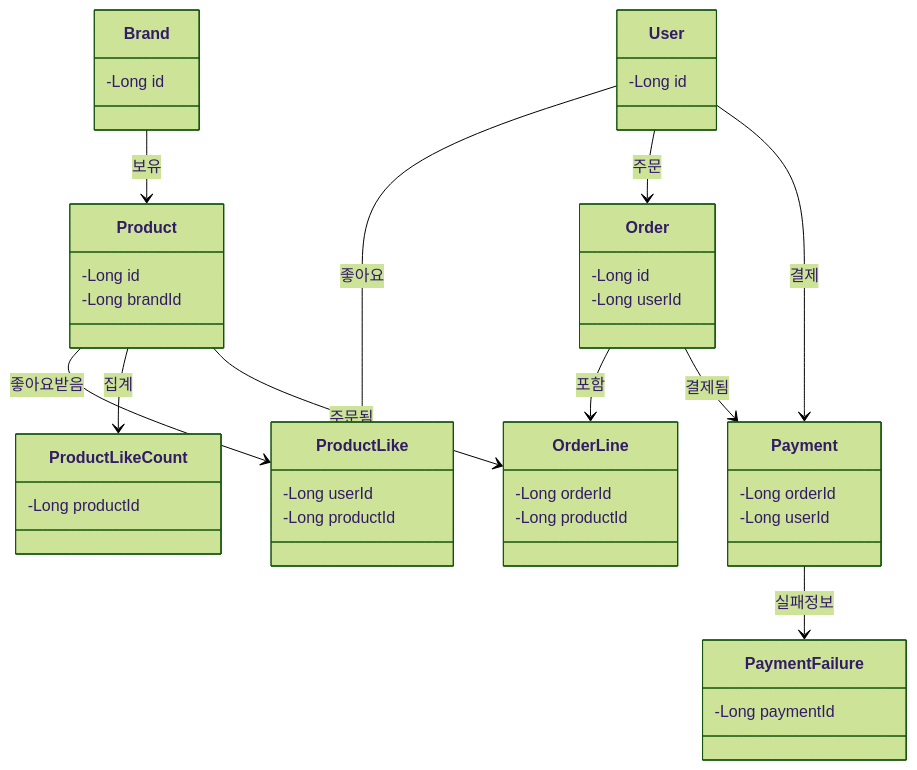
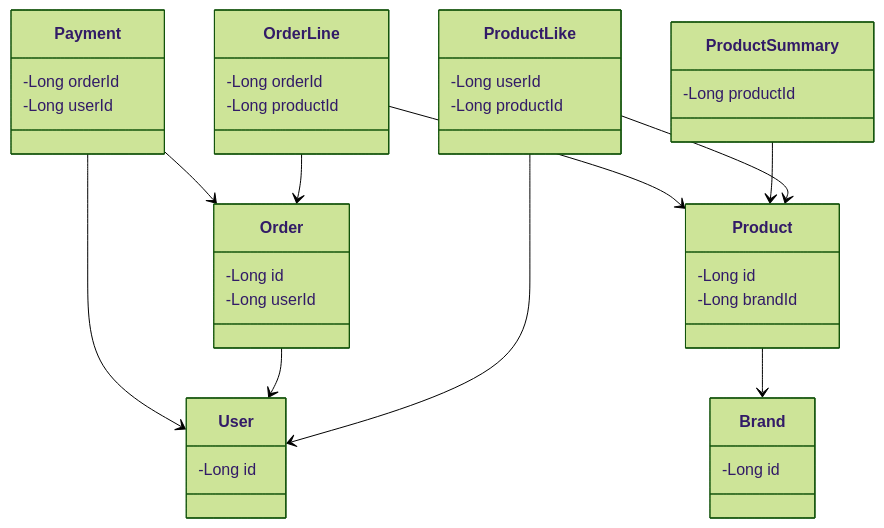
The fifth of 5 diagrams in docs/design/03-class-diagrams.md (DuhanMo/emotional-commerce), drawn with Mermaid (forest theme) before and after one commit. The commit also changed other lines of this file, not shown here.

Commit message:
fix: 클래스 다이어그램 수정

````diff
--- a/docs/design/03-class-diagrams.md
+++ b/docs/design/03-class-diagrams.md
@@ -184,59 +190,54 @@
 ```mermaid
 classDiagram
     %% 도메인별 대표 클래스
     class User {
         -Long id
     }
     
     class Product {
         -Long id
         -Long brandId
     }
     
     class Brand {
         -Long id
     }
     
     class ProductLike {
         -Long userId
         -Long productId
     }
     
-    class ProductLikeCount {
+    class ProductSummary {
         -Long productId
     }
     
     class Order {
         -Long id
         -Long userId
     }
     
     class OrderLine {
         -Long orderId
         -Long productId
     }
     
     class Payment {
         -Long orderId
         -Long userId
     }
     
-    class PaymentFailure {
-        -Long paymentId
-    }
+
+    ProductLike --> User
+    ProductLike --> Product
+    ProductSummary --> Product
     
-    %% 도메인 간 연관관계
-    User --> ProductLike : 좋아요
-    Product --> ProductLike : 좋아요받음
-    Product --> ProductLikeCount : 집계
+    Order --> User
+    OrderLine --> Order
+    OrderLine --> Product
     
-    User --> Order : 주문
-    Order --> OrderLine : 포함
-    Product --> OrderLine : 주문됨
+    Payment --> Order
+    Payment --> User
     
-    User --> Payment : 결제
-    Order --> Payment : 결제됨
-    Payment --> PaymentFailure : 실패정보
-    
-    Brand --> Product : 보유
+    Product --> Brand
 ```
````
